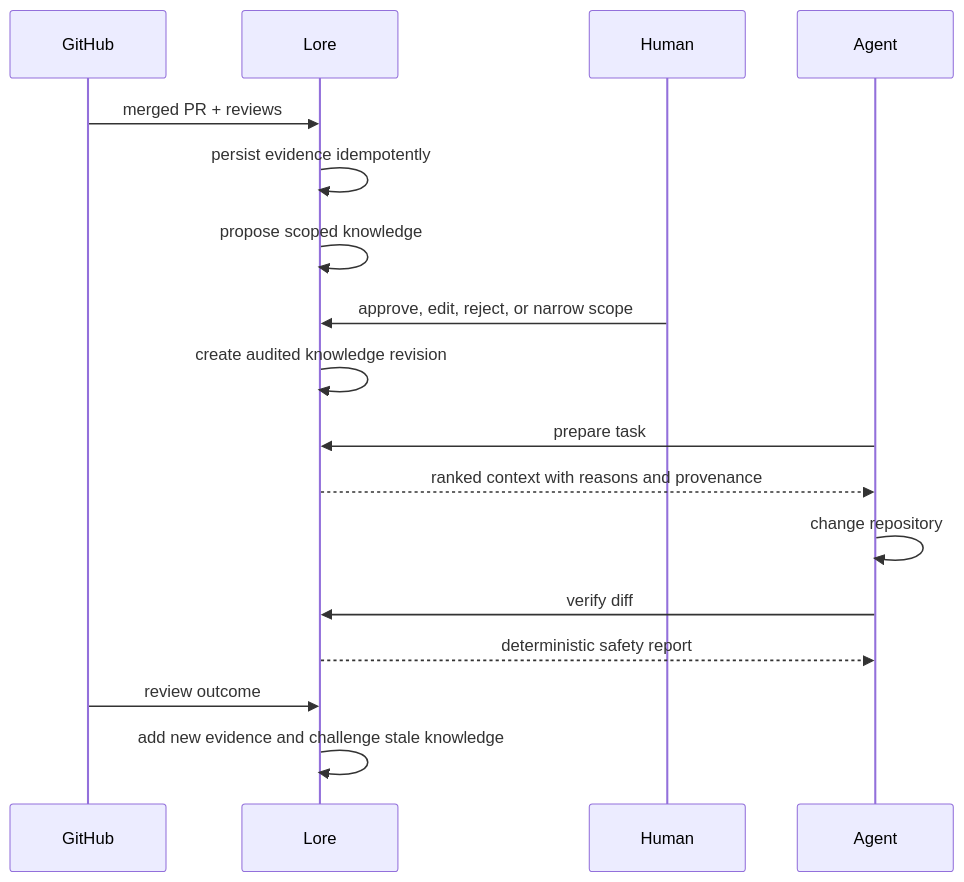
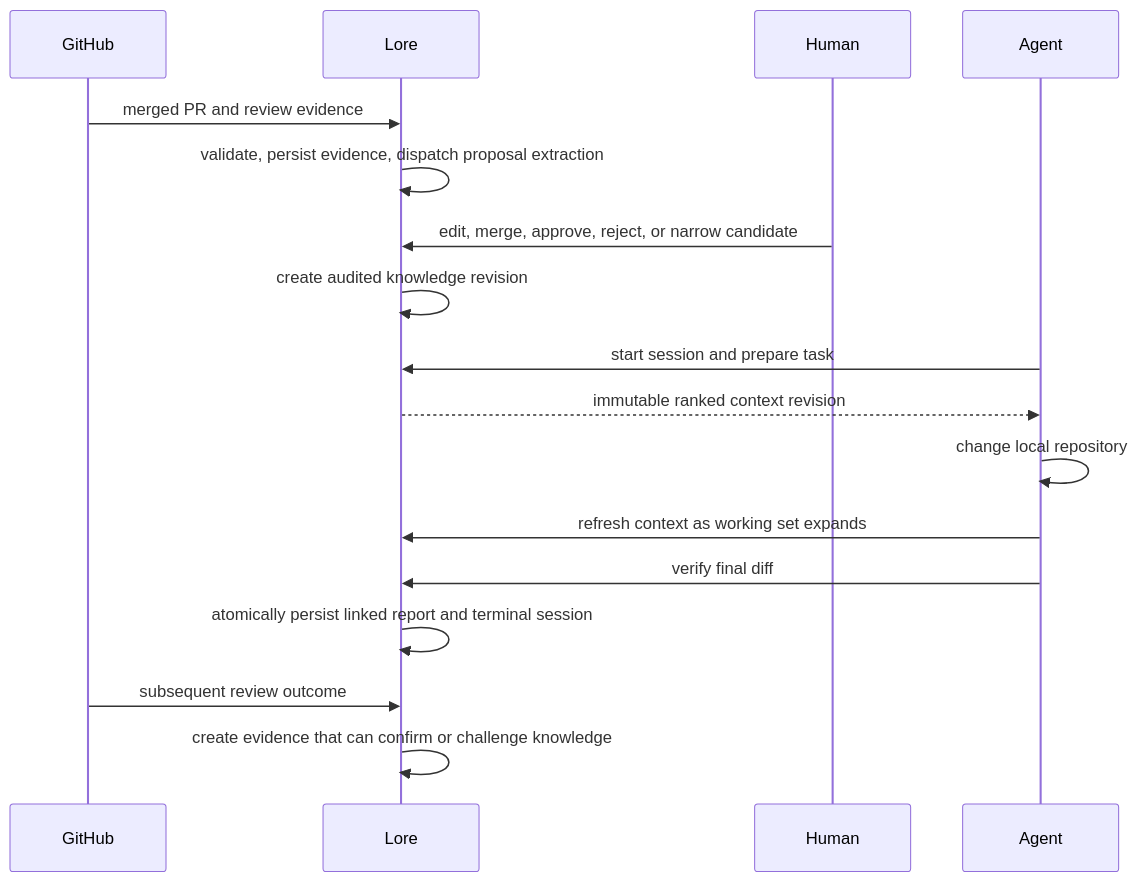
The second of 2 diagrams in docs/architecture.md (lcherone/Lore), drawn with Mermaid before and after one commit. The commit also changed other lines of this file and 52 other files, not shown here.

````diff
--- a/docs/architecture.md
+++ b/docs/architecture.md
@@ -32,19 +38,19 @@
 ```mermaid
 sequenceDiagram
   participant GitHub
   participant Lore
   participant Human
   participant Agent
-  GitHub->>Lore: merged PR + reviews
-  Lore->>Lore: persist evidence idempotently
-  Lore->>Lore: propose scoped knowledge
-  Human->>Lore: approve, edit, reject, or narrow scope
+  GitHub->>Lore: merged PR and review evidence
+  Lore->>Lore: validate, persist evidence, dispatch proposal extraction
+  Human->>Lore: edit, merge, approve, reject, or narrow candidate
   Lore->>Lore: create audited knowledge revision
-  Agent->>Lore: prepare task
-  Lore-->>Agent: ranked context with reasons and provenance
-  Agent->>Agent: change repository
-  Agent->>Lore: verify diff
-  Lore-->>Agent: deterministic safety report
-  GitHub->>Lore: review outcome
-  Lore->>Lore: add new evidence and challenge stale knowledge
+  Agent->>Lore: start session and prepare task
+  Lore-->>Agent: immutable ranked context revision
+  Agent->>Agent: change local repository
+  Agent->>Lore: refresh context as working set expands
+  Agent->>Lore: verify final diff
+  Lore->>Lore: atomically persist linked report and terminal session
+  GitHub->>Lore: subsequent review outcome
+  Lore->>Lore: create evidence that can confirm or challenge knowledge
 ```
````
